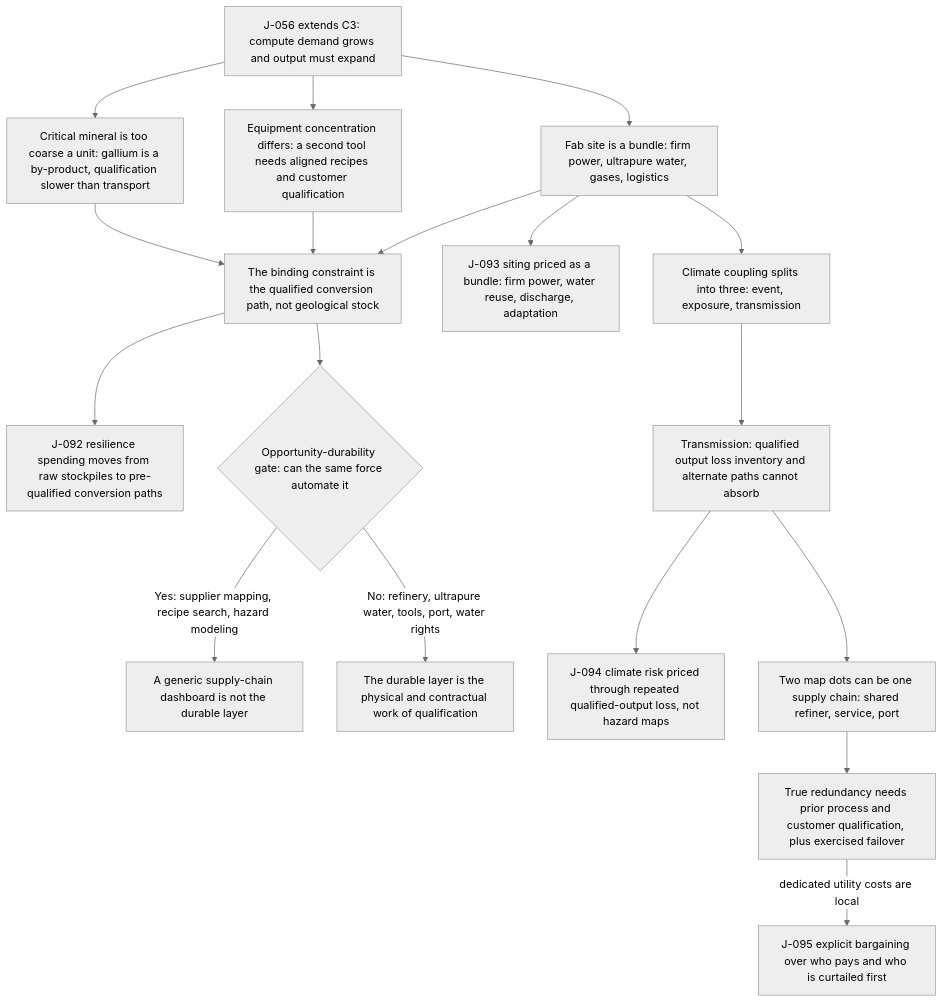
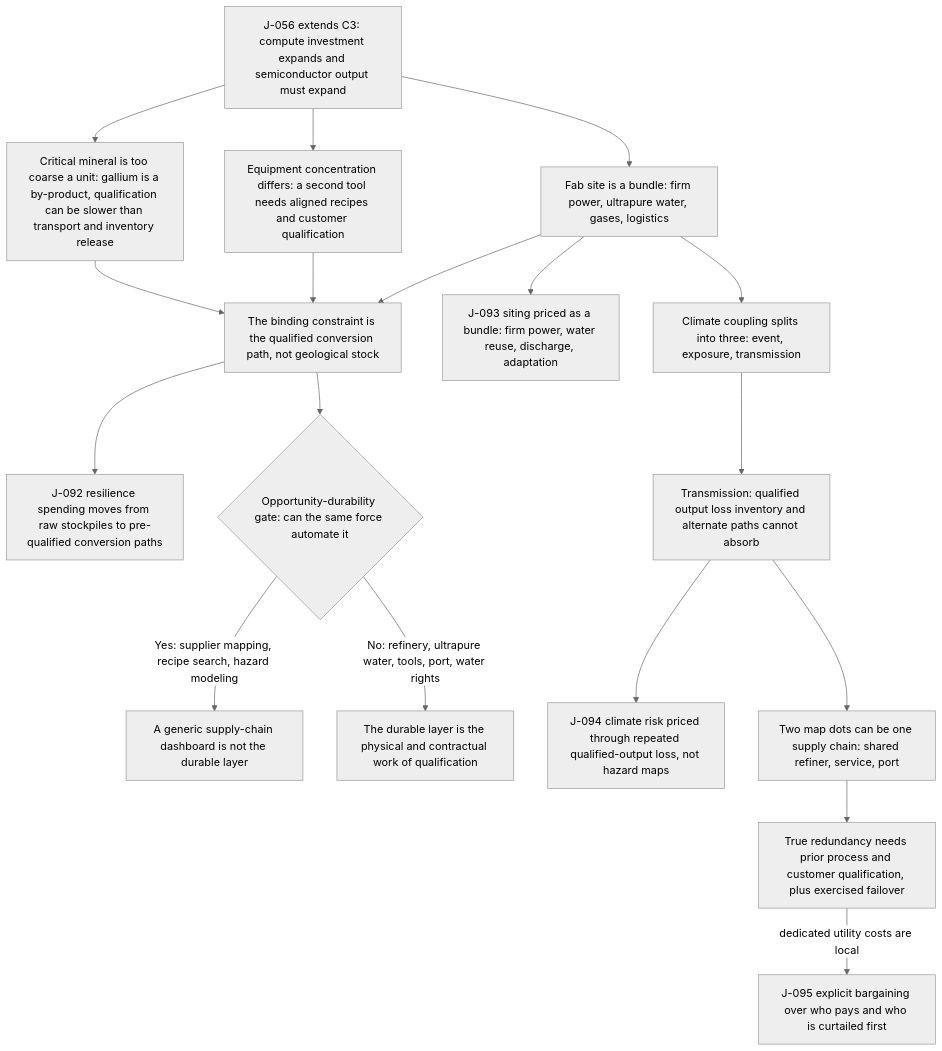
One commit to SenZhangAI/foresight-by-ai changed the diagram in docs/en/chains/80-fab-materials-and-climate.md. Above: the diagram before and after it, drawn with Mermaid (neutral theme). The commit also changed 11 other files, not shown here.

````diff
--- a/docs/en/chains/80-fab-materials-and-climate.md
+++ b/docs/en/chains/80-fab-materials-and-climate.md
@@ -23,20 +23,20 @@
 ```mermaid
 flowchart TD
-  DEM["J-056 extends C3: compute demand grows and output must expand"] --> MAT["Critical mineral is too coarse a unit: gallium is a by-product, qualification slower than transport"]
+  DEM["J-056 extends C3: compute investment expands and semiconductor output must expand"] --> MAT["Critical mineral is too coarse a unit: gallium is a by-product, qualification can be slower than transport and inventory release"]
   DEM --> TOOL["Equipment concentration differs: a second tool needs aligned recipes and customer qualification"]
   DEM --> SITE["Fab site is a bundle: firm power, ultrapure water, gases, logistics"]
   MAT --> BIND["The binding constraint is the qualified conversion path, not geological stock"]
   TOOL --> BIND
   SITE --> BIND
   BIND --> J092["J-092 resilience spending moves from raw stockpiles to pre-qualified conversion paths"]
   SITE --> J093["J-093 siting priced as a bundle: firm power, water reuse, discharge, adaptation"]
   SITE --> CLIM["Climate coupling splits into three: event, exposure, transmission"]
   CLIM --> TRANS["Transmission: qualified output loss inventory and alternate paths cannot absorb"]
   TRANS --> J094["J-094 climate risk priced through repeated qualified-output loss, not hazard maps"]
   TRANS --> RED["Two map dots can be one supply chain: shared refiner, service, port"]
   RED --> DRILL["True redundancy needs prior process and customer qualification, plus exercised failover"]
   DRILL -->|"dedicated utility costs are local"| J095["J-095 explicit bargaining over who pays and who is curtailed first"]
   BIND --> GATE{"Opportunity-durability gate: can the same force automate it"}
   GATE -->|"Yes: supplier mapping, recipe search, hazard modeling"| SOFT["A generic supply-chain dashboard is not the durable layer"]
   GATE -->|"No: refinery, ultrapure water, tools, port, water rights"| DUR["The durable layer is the physical and contractual work of qualification"]
 ```
````
